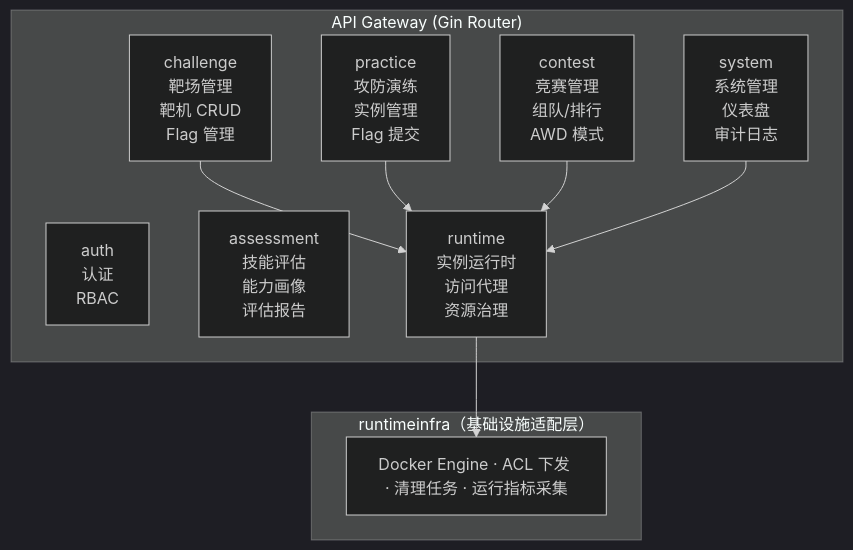
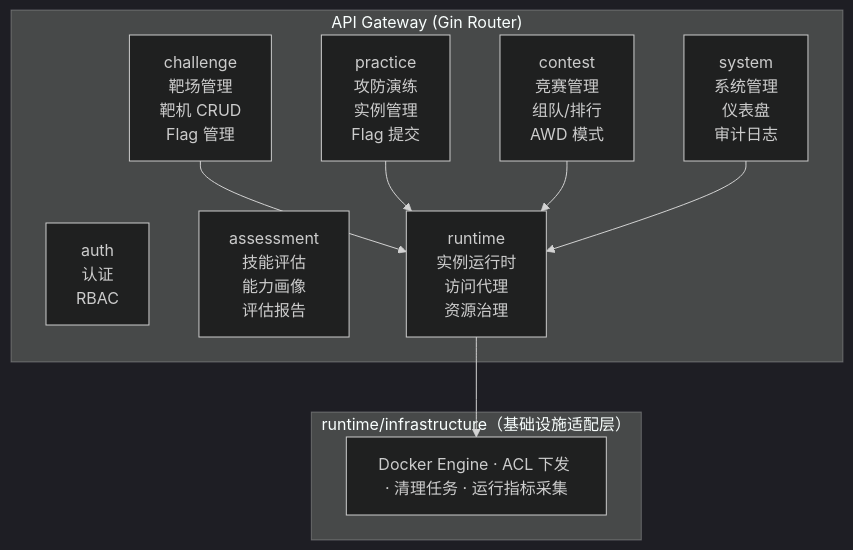
One commit to architectcgz/ctf changed the fourth of 9 diagrams in docs/architecture/backend/01-system-architecture.md. Above: the diagram before and after it, drawn with Mermaid (dark theme). The commit also changed other lines of this file and 67 other files, not shown here.

````diff
--- a/docs/architecture/backend/01-system-architecture.md
+++ b/docs/architecture/backend/01-system-architecture.md
@@ -184,22 +184,22 @@
 ```mermaid
 flowchart TD
     subgraph Gateway["API Gateway (Gin Router)"]
         auth["auth\n认证\nRBAC"]
         challenge["challenge\n靶场管理\n靶机 CRUD\nFlag 管理"]
         practice["practice\n攻防演练\n实例管理\nFlag 提交"]
         contest["contest\n竞赛管理\n组队/排行\nAWD 模式"]
         assessment["assessment\n技能评估\n能力画像\n评估报告"]
         runtime["runtime\n实例运行时\n访问代理\n资源治理"]
         system["system\n系统管理\n仪表盘\n审计日志"]
     end
 
-    subgraph Infra["runtimeinfra（基础设施适配层）"]
+    subgraph Infra["runtime/infrastructure（基础设施适配层）"]
         runtimeinfra["Docker Engine · ACL 下发 · 清理任务 · 运行指标采集"]
     end
 
     challenge --> runtime
     practice --> runtime
     contest --> runtime
     system --> runtime
     runtime --> runtimeinfra
 ```
````
